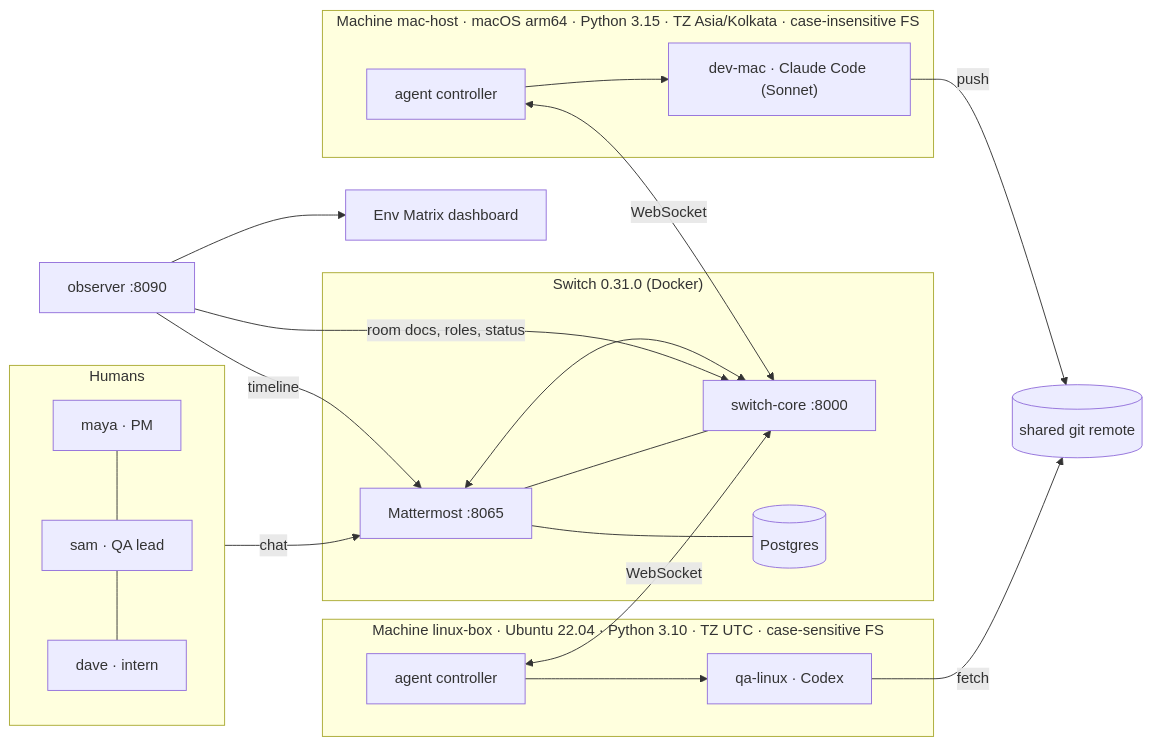
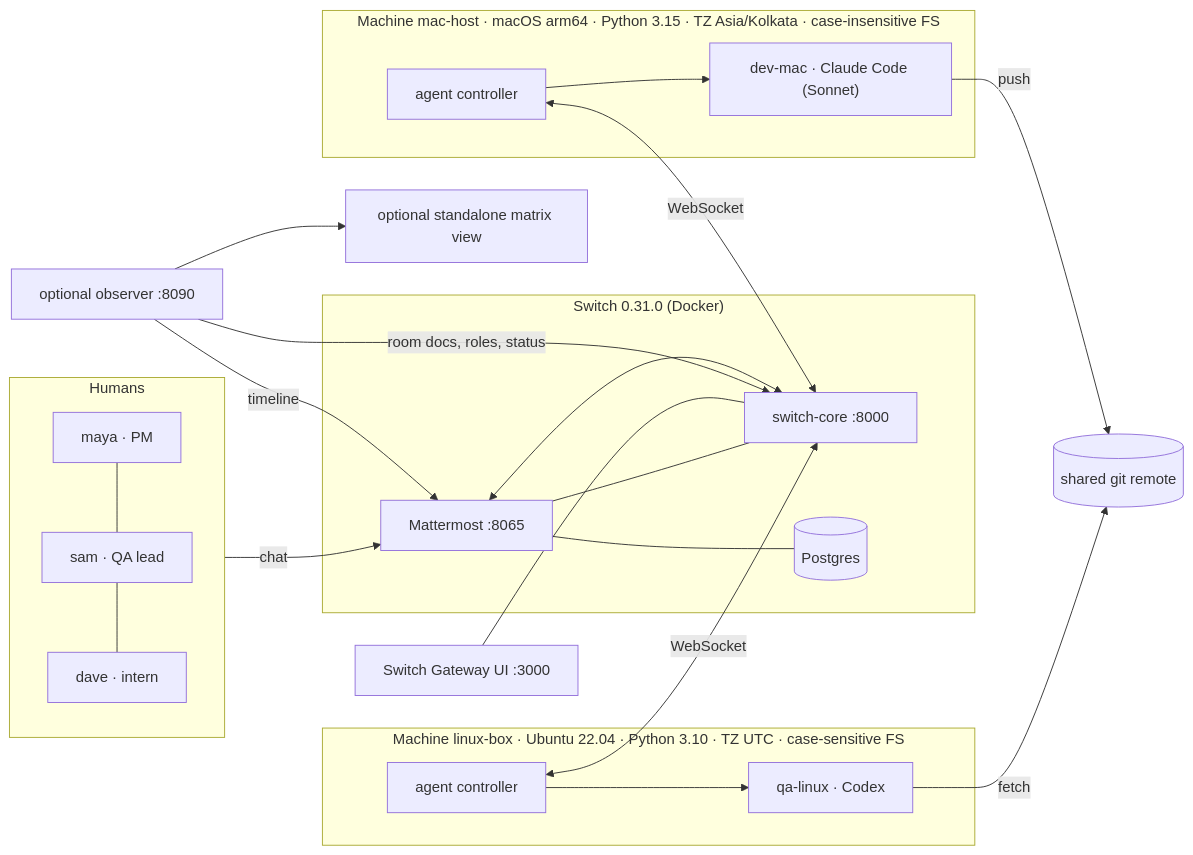
One commit to saurabh4269/parity-room changed the diagram in README.md. Above: the diagram before and after it, drawn with Mermaid. The commit also changed other lines of this file and 9 other files, not shown here.

Commit message:
Use Switch's own Gateway UI in the docs and on the project site; say who types what in the newer video

````diff
--- a/README.md
+++ b/README.md
@@ -65,24 +66,25 @@
 ```mermaid
 flowchart LR
   subgraph Humans
     maya[maya · PM] --- sam[sam · QA lead] --- dave[dave · intern]
   end
   subgraph Docker["Switch 0.31.0 (Docker)"]
     core[switch-core :8000] --- mm[Mattermost :8065] --- pg[(Postgres)]
   end
   subgraph Mac["Machine mac-host · macOS arm64 · Python 3.15 · TZ Asia/Kolkata · case-insensitive FS"]
     ctlA[agent controller] --> dev["dev-mac · Claude Code (Sonnet)"]
   end
   subgraph Box["Machine linux-box · Ubuntu 22.04 · Python 3.10 · TZ UTC · case-sensitive FS"]
     ctlB[agent controller] --> qa["qa-linux · Codex"]
   end
   Humans -->|chat| mm
   mm <--> core
   ctlA <-->|WebSocket| core
   ctlB <-->|WebSocket| core
   dev -->|push| repo[(shared git remote)]
   qa -->|fetch| repo
-  obs[observer :8090] -->|room docs, roles, status| core
+  obs[optional observer :8090] -->|room docs, roles, status| core
   obs -->|timeline| mm
-  obs --> dash[Env Matrix dashboard]
+  obs --> dash[optional standalone matrix view]
+  gw[Switch Gateway UI :3000] --- core
 ```
````
